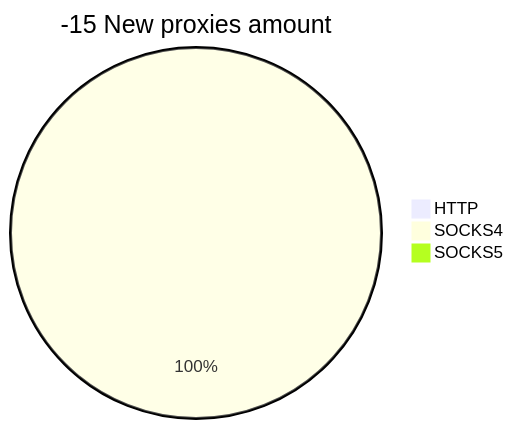
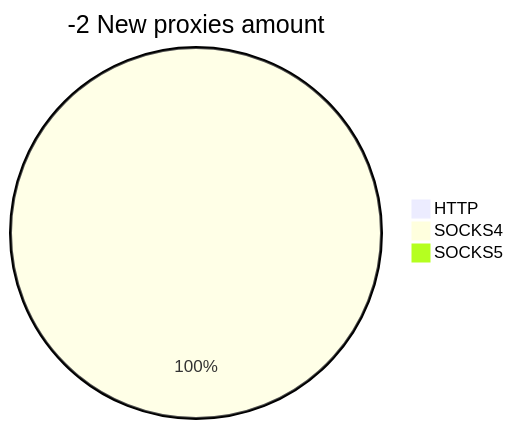
Before and after one commit to cutipu/proxylist: the second of 2 diagrams in README.md, drawn with Mermaid. The commit also changed other lines of this file, not shown here.

````diff
--- a/README.md
+++ b/README.md
@@ -10,6 +10,6 @@
 ```mermaid
-pie title -15 New proxies amount
+pie title -2 New proxies amount
     "HTTP" : 0
     "SOCKS4" : 2
     "SOCKS5" : 0
 ```
````
